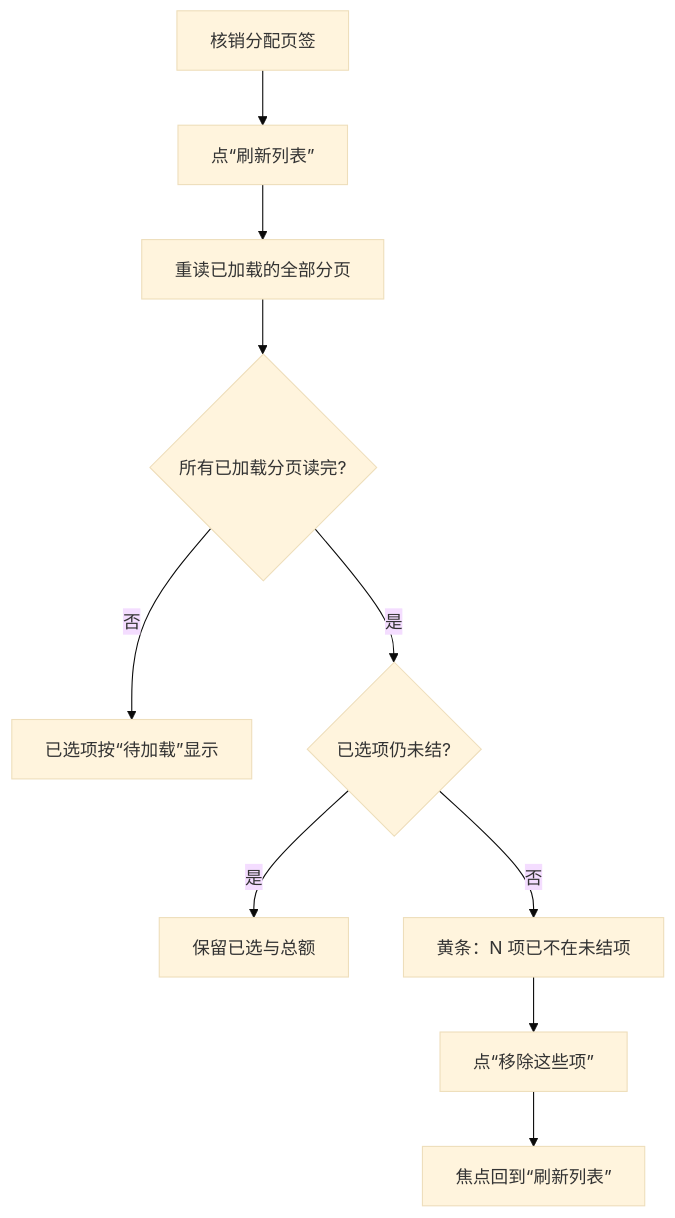
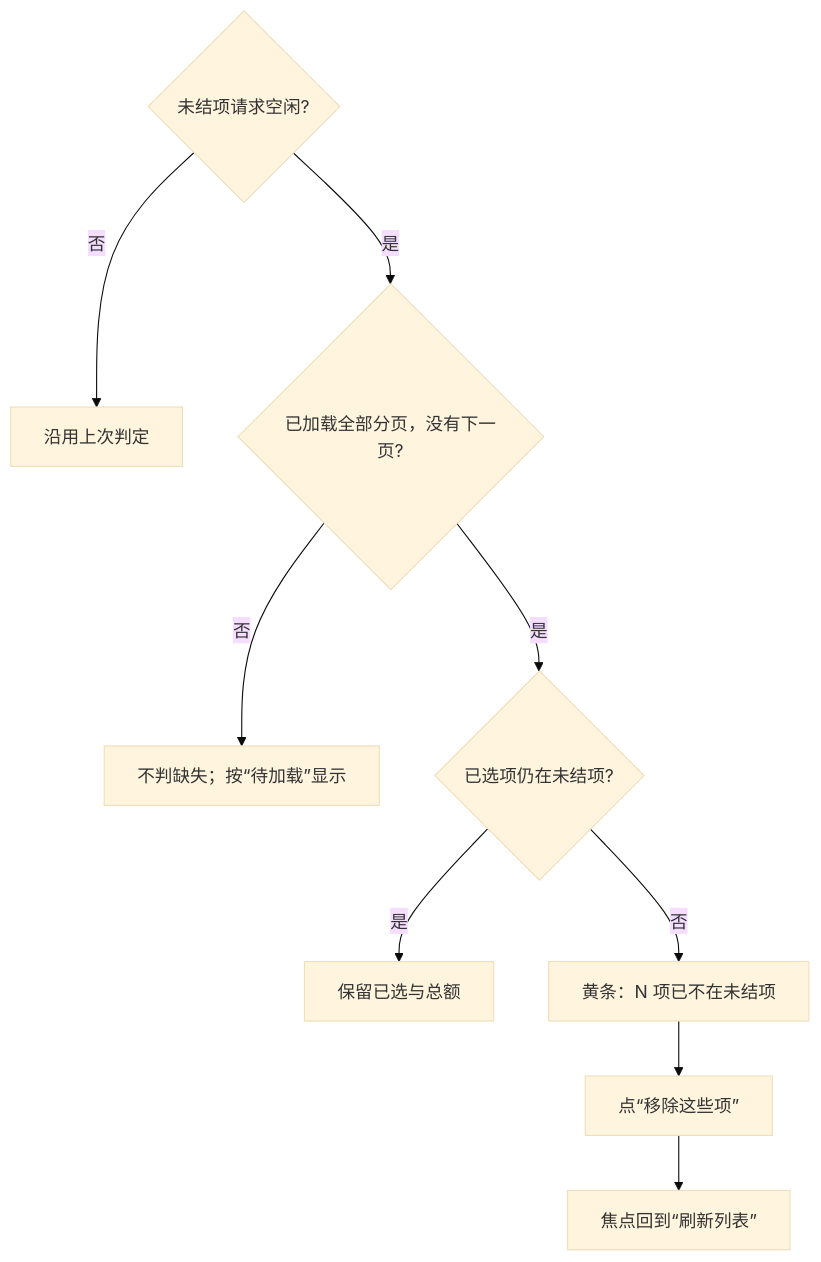
One commit to lingshf/ai-native-erp changed the fourth of 5 diagrams in docs/flows/settlement-flow.md. Above: the diagram before and after it, drawn with Mermaid (base theme). The commit also changed other lines of this file and 2 other files, not shown here.

Commit message:
docs(KDOC-06): align settlement flow with v0.21.0 tag; mark AI usage cell partial

````diff
--- a/docs/flows/settlement-flow.md
+++ b/docs/flows/settlement-flow.md
@@ -50,12 +72,11 @@
 ```mermaid
 flowchart TD
-  A["核销分配页签"] --> B["点“刷新列表”"]
-  B --> C["重读已加载的全部分页"]
-  C --> D{"所有已加载分页读完?"}
-  D -- 否 --> E["已选项按“待加载”显示"]
-  D -- 是 --> F{"已选项仍未结?"}
-  F -- 是 --> G["保留已选与总额"]
-  F -- 否 --> H["黄条：N 项已不在未结项"]
-  H --> I["点“移除这些项”"]
-  I --> J["焦点回到“刷新列表”"]
+  A{"未结项请求空闲?"} -- 否 --> B["沿用上次判定"]
+  A -- 是 --> C{"已加载全部分页，没有下一页?"}
+  C -- 否 --> D["不判缺失；按“待加载”显示"]
+  C -- 是 --> E{"已选项仍在未结项?"}
+  E -- 是 --> F["保留已选与总额"]
+  E -- 否 --> G["黄条：N 项已不在未结项"]
+  G --> H["点“移除这些项”"]
+  H --> I["焦点回到“刷新列表”"]
 ```
````
